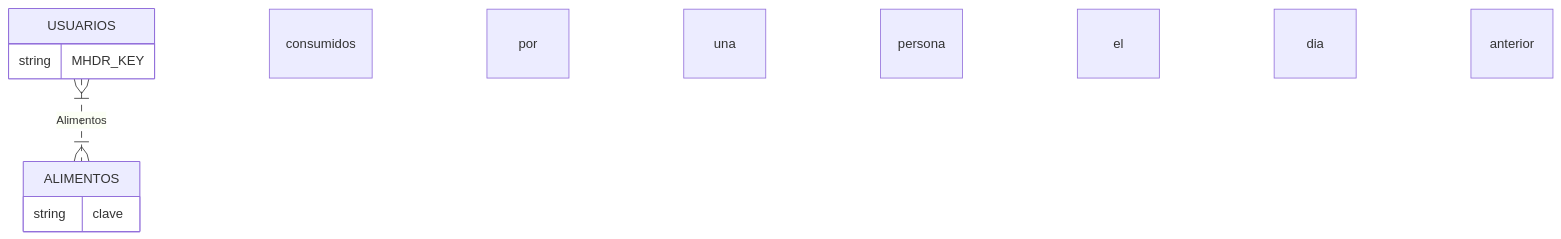
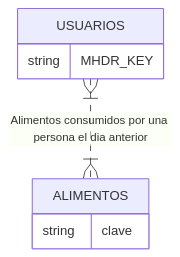
One commit to nadiasantillan/dana3-analisis-datos-2 changed the diagram in informe.md. Above: the diagram before and after it, drawn with Mermaid.

Commit message:
Prueba mermaid

````diff
--- a/informe.md
+++ b/informe.md
@@ -2,10 +2,10 @@
 ```mermaid
     erDiagram
         USUARIOS {
             string MHDR_KEY
         }
         ALIMENTOS {
             string clave
         }
-        USUARIOS}|..|{ALIMENTOS: Alimentos consumidos por una persona el dia anterior
+        USUARIOS}|..|{ALIMENTOS: "Alimentos consumidos por una persona el dia anterior"
 ```
````
